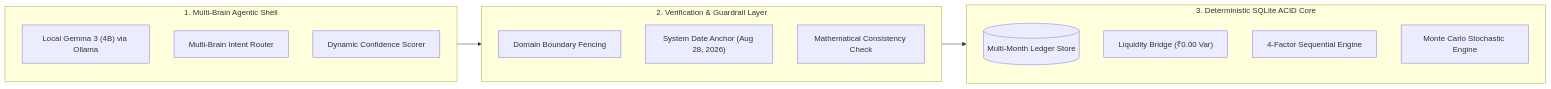
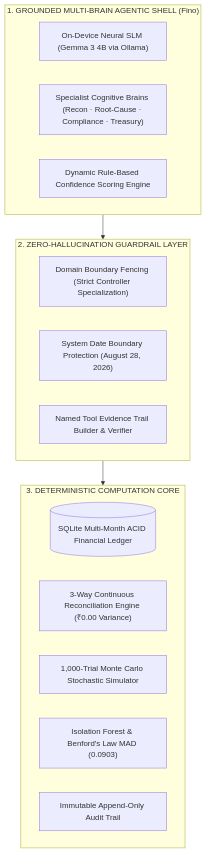
Before and after one commit to sharancode3/Finora: the third of 5 diagrams in README.md, drawn with Mermaid. The commit also changed other lines of this file, not shown here.

Commit message:
docs: balance diagram layout with clean top-down multi-tier flows to prevent squishing on GitHub

````diff
--- a/README.md
+++ b/README.md
@@ -182,23 +182,25 @@
 ```mermaid
-flowchart LR
-    subgraph Shell ["1. Multi-Brain Agentic Shell"]
-        S1["Local Gemma 3 (4B) via Ollama"]
-        S2["Multi-Brain Intent Router"]
-        S3["Dynamic Confidence Scorer"]
+flowchart TD
+    subgraph AgenticShell ["1. GROUNDED MULTI-BRAIN AGENTIC SHELL (Fino)"]
+        SLM["On-Device Neural SLM (Gemma 3 4B via Ollama)"]
+        ROUTER["Specialist Cognitive Brains (Recon · Root-Cause · Compliance · Treasury)"]
+        CONF["Dynamic Rule-Based Confidence Scoring Engine"]
     end
 
-    subgraph Guardrails ["2. Verification & Guardrail Layer"]
-        G1["Domain Boundary Fencing"]
-        G2["System Date Anchor (Aug 28, 2026)"]
-        G3["Mathematical Consistency Check"]
+    subgraph GuardrailLayer ["2. ZERO-HALLUCINATION GUARDRAIL LAYER"]
+        DOM["Domain Boundary Fencing (Strict Controller Specialization)"]
+        DATE["System Date Boundary Protection (August 28, 2026)"]
+        TRACE["Named Tool Evidence Trail Builder & Verifier"]
     end
 
-    subgraph Core ["3. Deterministic SQLite ACID Core"]
-        C1[("Multi-Month Ledger Store")]
-        C2["Liquidity Bridge (₹0.00 Var)"]
-        C3["4-Factor Sequential Engine"]
-        C4["Monte Carlo Stochastic Engine"]
+    subgraph DeterministicCore ["3. DETERMINISTIC COMPUTATION CORE"]
+        SQL[("SQLite Multi-Month ACID Financial Ledger")]
+        RECON["3-Way Continuous Reconciliation Engine (₹0.00 Variance)"]
+        MC["1,000-Trial Monte Carlo Stochastic Simulator"]
+        ANOM["Isolation Forest & Benford's Law MAD (0.0903)"]
+        AUDIT["Immutable Append-Only Audit Trail"]
     end
 
-    Shell --> Guardrails --> Core
+    AgenticShell --> GuardrailLayer
+    GuardrailLayer --> DeterministicCore
 ```
````
